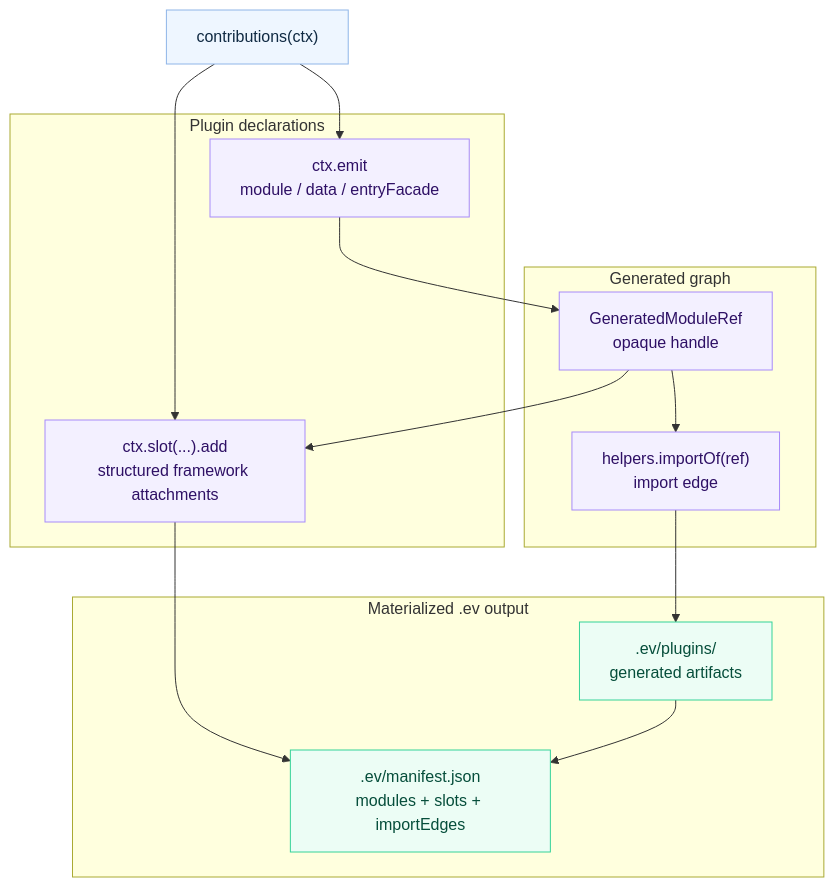
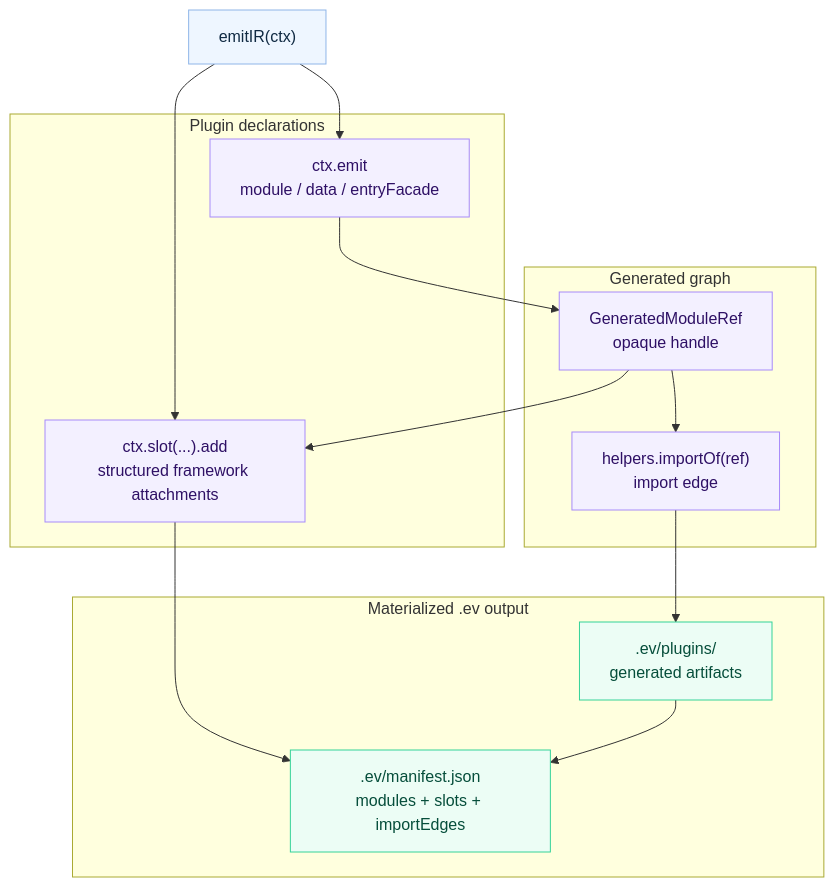
One commit to afx-team/evjs changed the diagram in docs/docs/generated-contributions.md. Above: the diagram before and after it, drawn with Mermaid. The commit also changed other lines of this file and 117 other files, not shown here.

````diff
--- a/docs/docs/generated-contributions.md
+++ b/docs/docs/generated-contributions.md
@@ -25,35 +29,35 @@
 ```mermaid
 flowchart TB
-  Hook["contributions(ctx)"]
+  Hook["emitIR(ctx)"]
 
   subgraph Declare["Plugin declarations"]
     Emit["ctx.emit\nmodule / data / entryFacade"]
     Slot["ctx.slot(...).add\nstructured framework attachments"]
   end
 
   subgraph Link["Generated graph"]
     Ref["GeneratedModuleRef\nopaque handle"]
     Edge["helpers.importOf(ref)\nimport edge"]
   end
 
   subgraph Materialize["Materialized .ev output"]
     Files[".ev/plugins/<plugin>\ngenerated artifacts"]
     Manifest[".ev/manifest.json\nmodules + slots + importEdges"]
   end
 
   Hook --> Emit
   Hook --> Slot
   Emit --> Ref
   Ref --> Edge
   Ref --> Slot
   Edge --> Files
   Slot --> Manifest
   Files --> Manifest
 
   classDef hook fill:#eef6ff,stroke:#8fb5e8,color:#102a43;
   classDef declaration fill:#f3f0ff,stroke:#a78bfa,color:#2e1065;
   classDef output fill:#ecfdf5,stroke:#34d399,color:#064e3b;
   class Hook hook;
   class Emit,Slot,Ref,Edge declaration;
   class Files,Manifest output;
 ```
````
